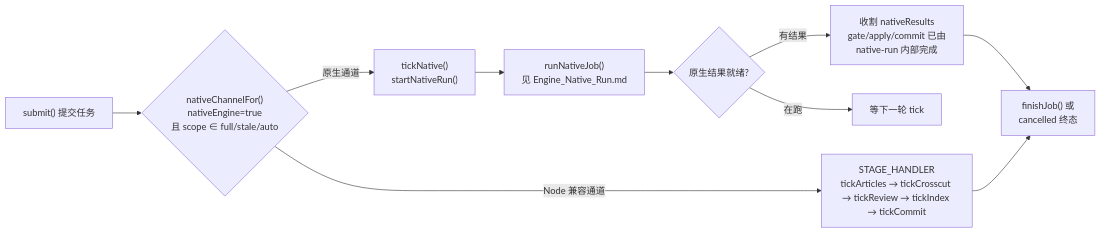
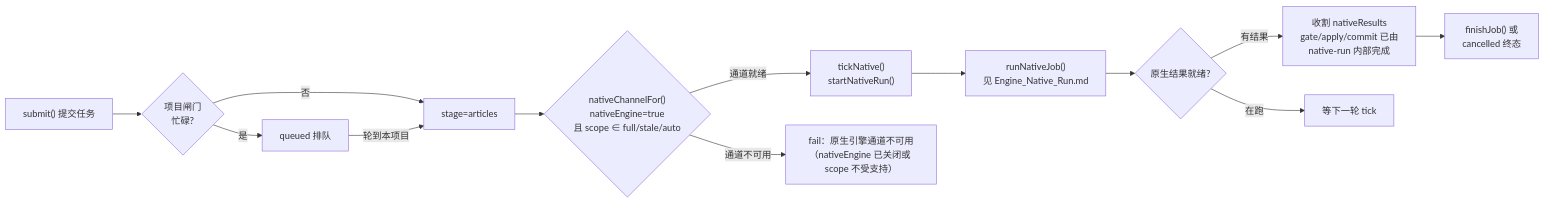
One commit to ikliml666/dsh-codewiki changed the third of 6 diagrams in .codewiki/_techdocs/docs/Job_Orchestration.md. Above: the diagram before and after it, drawn with Mermaid. The commit also changed other lines of this file and 70 other files, not shown here.

````diff
--- a/.codewiki/_techdocs/docs/Job_Orchestration.md
+++ b/.codewiki/_techdocs/docs/Job_Orchestration.md
@@ -96,14 +89,16 @@
 ```mermaid
 flowchart LR
-  Submit["submit() 提交任务"] --> Gate{"nativeChannelFor()<br/>nativeEngine=true<br/>且 scope ∈ full/stale/auto"}
-  Gate -->|"原生通道"| Native["tickNative()<br/>startNativeRun()"]
-  Gate -->|"Node 兼容通道"| Legacy["STAGE_HANDLER<br/>tickArticles → tickCrosscut → tickReview → tickIndex → tickCommit"]
+  Submit["submit() 提交任务"] --> Queue{"项目闸门<br/>忙碌?"}
+  Queue -->|"是"| Queued["queued 排队"]
+  Queue -->|"否"| Articles["stage=articles"]
+  Queued -->|"轮到本项目"| Articles
+  Articles --> Gate{"nativeChannelFor()<br/>nativeEngine=true<br/>且 scope ∈ full/stale/auto"}
+  Gate -->|"通道就绪"| Native["tickNative()<br/>startNativeRun()"]
+  Gate -->|"通道不可用"| Fail["fail：原生引擎通道不可用<br/>（nativeEngine 已关闭或 scope 不受支持）"]
 
   Native --> Engine["runNativeJob()<br/>见 Engine_Native_Run.md"]
   Engine --> Res{"原生结果就绪?"}
   Res -->|"有结果"| Settle["收割 nativeResults<br/>gate/apply/commit 已由<br/>native-run 内部完成"]
   Res -->|"在跑"| Wait["等下一轮 tick"]
   Settle --> Finalize["finishJob() 或<br/>cancelled 终态"]
-
-  Legacy --> Finalize
 ```
````
